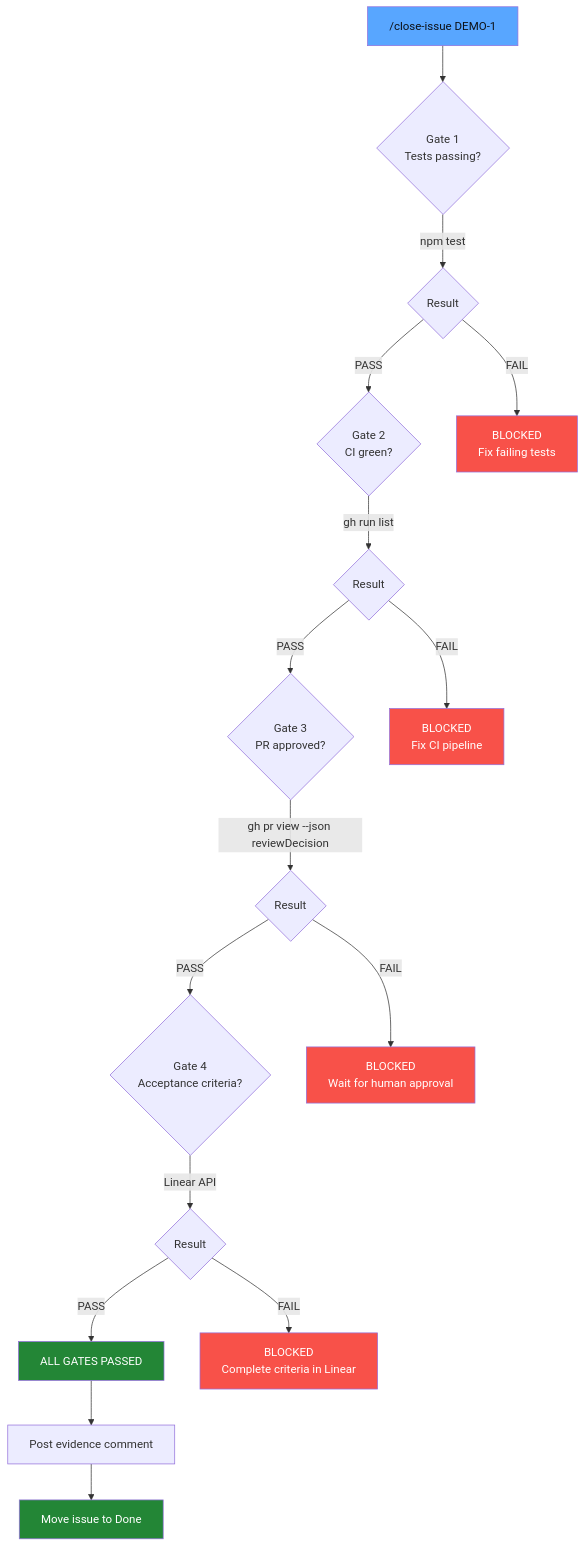
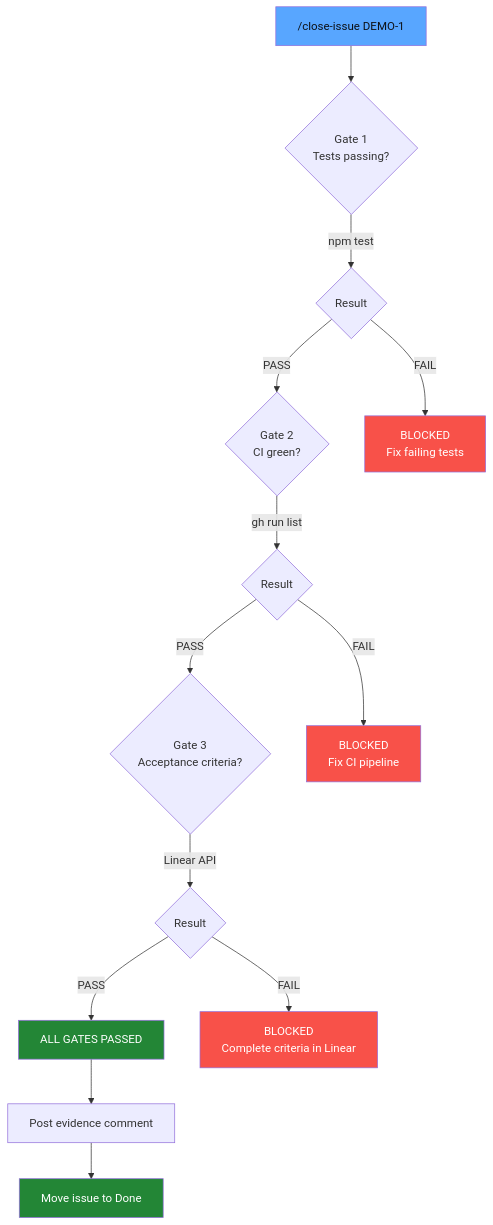
The third of 6 diagrams in docs/architecture.md (GACONET/harness-driven-dev), drawn with Mermaid before and after one commit. The commit also changed other lines of this file and 28 other files, not shown here.

````diff
--- a/docs/architecture.md
+++ b/docs/architecture.md
@@ -102,30 +100,25 @@
 ```mermaid
 flowchart TD
     START["/close-issue DEMO-1"] --> G1{"Gate 1<br/>Tests passing?"}
     G1 -->|"npm test"| G1R{Result}
     G1R -->|PASS| G2{"Gate 2<br/>CI green?"}
     G1R -->|FAIL| BLOCKED["BLOCKED<br/>Fix failing tests"]
 
     G2 -->|"gh run list"| G2R{Result}
-    G2R -->|PASS| G3{"Gate 3<br/>PR approved?"}
+    G2R -->|PASS| G3{"Gate 3<br/>Acceptance criteria?"}
     G2R -->|FAIL| BLOCKED2["BLOCKED<br/>Fix CI pipeline"]
 
-    G3 -->|"gh pr view --json reviewDecision"| G3R{Result}
-    G3R -->|PASS| G4{"Gate 4<br/>Acceptance criteria?"}
-    G3R -->|FAIL| BLOCKED3["BLOCKED<br/>Wait for human approval"]
-
-    G4 -->|"Linear API"| G4R{Result}
-    G4R -->|PASS| CLOSE["ALL GATES PASSED"]
-    G4R -->|FAIL| BLOCKED4["BLOCKED<br/>Complete criteria in Linear"]
+    G3 -->|"Linear API"| G3R{Result}
+    G3R -->|PASS| CLOSE["ALL GATES PASSED"]
+    G3R -->|FAIL| BLOCKED3["BLOCKED<br/>Complete criteria in Linear"]
 
     CLOSE --> EVIDENCE["Post evidence comment"]
     EVIDENCE --> DONE["Move issue to Done"]
 
     style START fill:#58a6ff,color:#0d1117
     style BLOCKED fill:#f85149,color:#fff
     style BLOCKED2 fill:#f85149,color:#fff
     style BLOCKED3 fill:#f85149,color:#fff
-    style BLOCKED4 fill:#f85149,color:#fff
     style CLOSE fill:#238636,color:#fff
     style DONE fill:#238636,color:#fff
 ```
````
